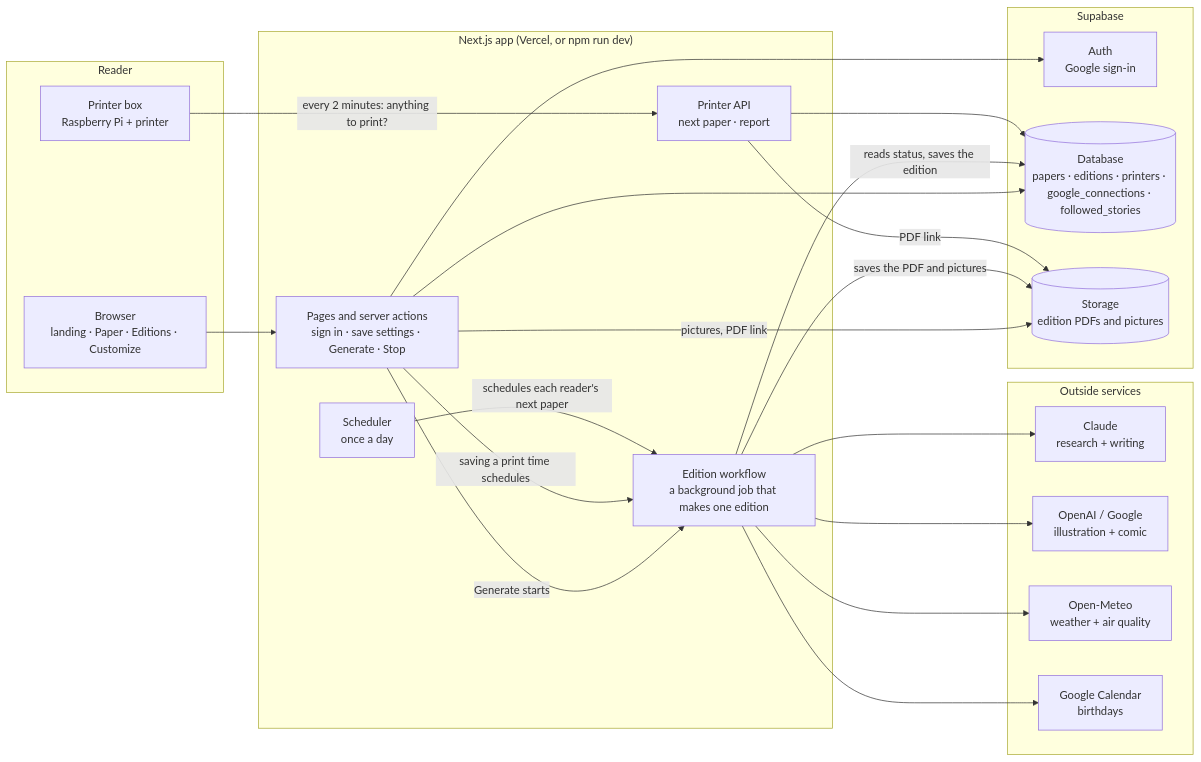
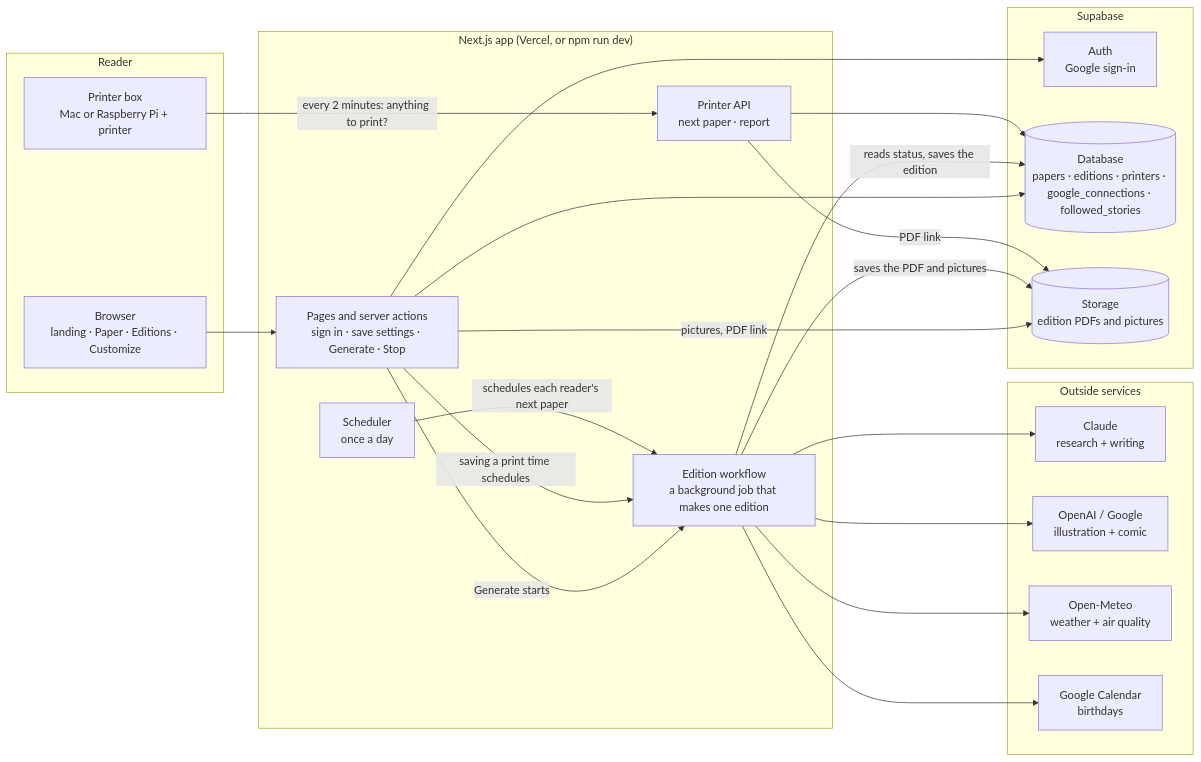
Before and after one commit to chieri518/daily-print: the first of 3 diagrams in docs/ARCHITECTURE.md, drawn with Mermaid. The commit also changed other lines of this file and 10 other files, not shown here.

First line of the commit message:
Printing: any printer, from a Mac or Raspberry Pi

````diff
--- a/docs/ARCHITECTURE.md
+++ b/docs/ARCHITECTURE.md
@@ -7,41 +7,41 @@
 ```mermaid
 flowchart LR
   subgraph You["Reader"]
     BROWSER["Browser<br/>landing · Paper · Editions · Customize"]
-    BOX["Printer box<br/>Raspberry Pi + printer"]
+    BOX["Printer box<br/>Mac or Raspberry Pi + printer"]
   end
 
   subgraph App["Next.js app (Vercel, or npm run dev)"]
     PAGES["Pages and server actions<br/>sign in · save settings · Generate · Stop"]
     CRON["Scheduler<br/>once a day"]
     PAPI["Printer API<br/>next paper · report"]
     WF["Edition workflow<br/>a background job that makes one edition"]
   end
 
   subgraph Supabase
     AUTH["Auth<br/>Google sign-in"]
     DB[("Database<br/>papers · editions · printers · google_connections · followed_stories")]
     FILES[("Storage<br/>edition PDFs and pictures")]
   end
 
   subgraph Outside["Outside services"]
     CLAUDE["Claude<br/>research + writing"]
     IMG["OpenAI / Google<br/>illustration + comic"]
     METEO["Open-Meteo<br/>weather + air quality"]
     GCAL["Google Calendar<br/>birthdays"]
   end
 
   BROWSER --> PAGES
   PAGES --> AUTH
   PAGES --> DB
   PAGES -- "Generate starts" --> WF
   PAGES -- "saving a print time schedules" --> WF
   CRON -- "schedules each reader's next paper" --> WF
   PAGES -- "pictures, PDF link" --> FILES
   WF -- "reads status, saves the edition" --> DB
   WF -- "saves the PDF and pictures" --> FILES
   WF --> CLAUDE & IMG & METEO & GCAL
   BOX -- "every 2 minutes: anything to print?" --> PAPI
   PAPI --> DB
   PAPI -- "PDF link" --> FILES
 ```
````
